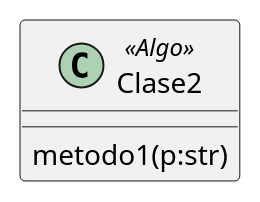
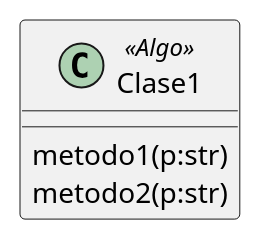
The diagram in tp/clases/informe.plantuml (pablodanielrey/dsbm), drawn with PlantUML before and after one commit. The commit also changed 3 other files, not shown here.

```diff
--- a/tp/clases/informe.plantuml
+++ b/tp/clases/informe.plantuml
@@ -1,15 +1,16 @@
 @startuml informe
 
 
 class Clase1 <<Algo>> {
     metodo1(p:str)
     metodo2(p:str)
 }
 
 class Clase2 <<Algo>> {
     metodo1(p:str)
 }
 
-remove Clase1
+Clase1 -> Clase2 : asociación
+remove Clase2
 
 @enduml
```
